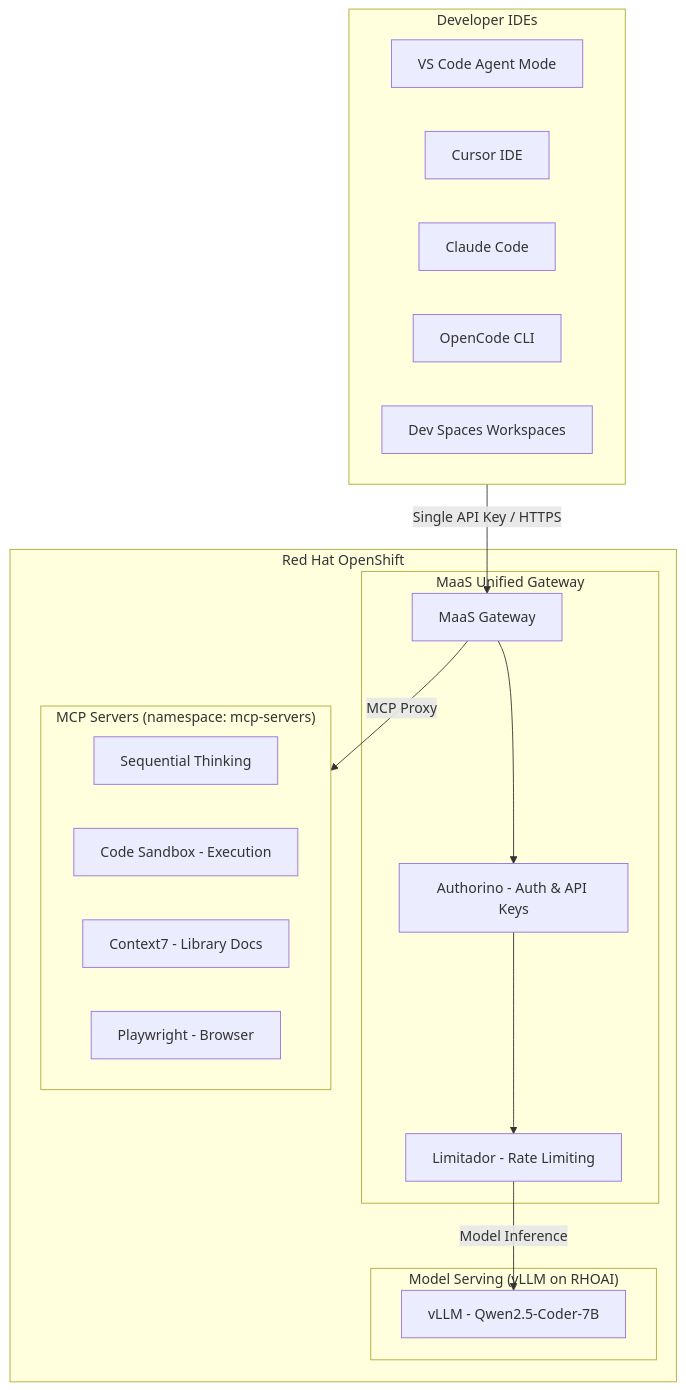
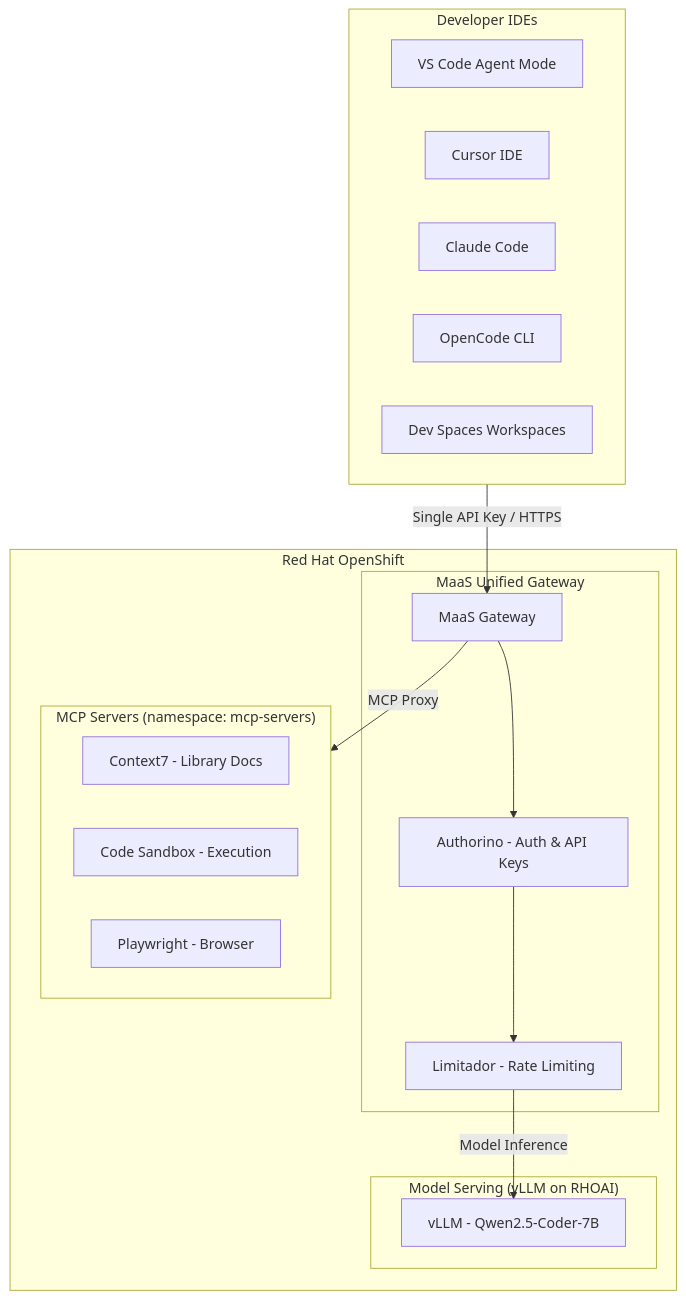
Before and after one commit to hyogrin/rhoai-coding-assistant-lab: the first of 2 diagrams in README.md, drawn with Mermaid. The commit also changed other lines of this file, not shown here.

````diff
--- a/README.md
+++ b/README.md
@@ -7,36 +7,34 @@
 ```mermaid
 flowchart TB
     subgraph IDE["Developer IDEs"]
         VSCode[VS Code Agent Mode]
         Cursor[Cursor IDE]
         ClaudeCode[Claude Code]
         OpenCode[OpenCode CLI]
         DevSpaces[Dev Spaces Workspaces]
     end
 
     subgraph OCP["Red Hat OpenShift"]
         subgraph MaaS["MaaS Unified Gateway"]
             Gateway[MaaS Gateway]
             Auth[Authorino - Auth & API Keys]
             RateLimit[Limitador - Rate Limiting]
         end
 
         subgraph MCP["MCP Servers (namespace: mcp-servers)"]
-            SeqThink[Sequential Thinking]
-            CodeSandbox[Code Sandbox]
             Context7[Context7 - Library Docs]
             CodeSandbox[Code Sandbox - Execution]
             Playwright[Playwright - Browser]
         end
 
         subgraph Inference["Model Serving (vLLM on RHOAI)"]
             vLLM1[vLLM - Qwen2.5-Coder-7B]
         end
     end
 
     IDE -->|Single API Key / HTTPS| Gateway
     Gateway --> Auth
     Auth --> RateLimit
     RateLimit -->|Model Inference| vLLM1
     Gateway -->|MCP Proxy| MCP
 ```
````
